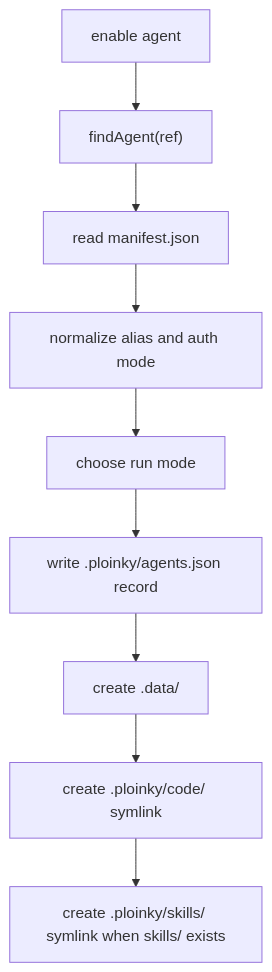
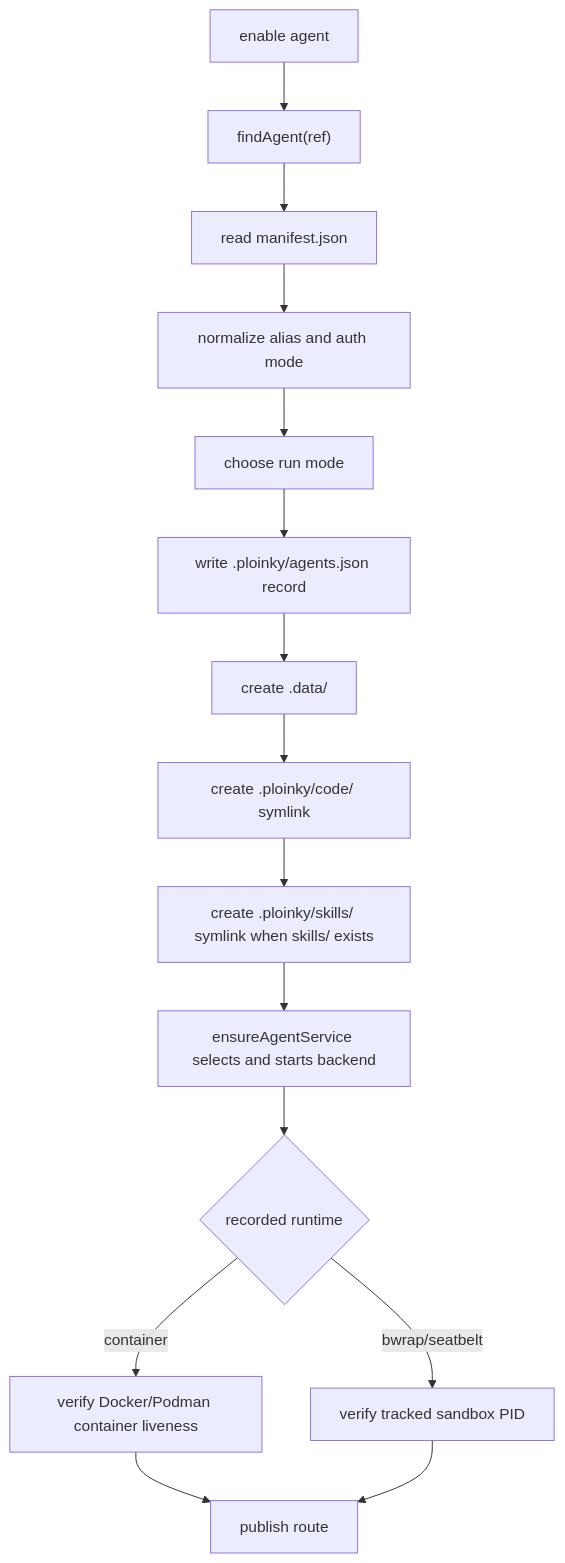
The first of 5 diagrams in docs/code-derived-agent-lifecycle.md (AssistOS-AI/ploinky), drawn with Mermaid before and after one commit. The commit also changed other lines of this file and 16 other files, not shown here.

Commit message:
ploinky fix bwrap/seatbelt check agent running ploinky status/ marketplace

````diff
--- a/docs/code-derived-agent-lifecycle.md
+++ b/docs/code-derived-agent-lifecycle.md
@@ -123,11 +123,17 @@
 ```mermaid
 flowchart TD
   A["enable agent <ref>"] --> B["findAgent(ref)"]
   B --> C["read manifest.json"]
   C --> D["normalize alias and auth mode"]
   D --> E["choose run mode"]
   E --> F["write .ploinky/agents.json record"]
   F --> G["create .data/<agent-or-alias>"]
   G --> H["create .ploinky/code/<agent> symlink"]
   H --> I["create .ploinky/skills/<agent> symlink when skills/ exists"]
+  I --> J["ensureAgentService selects and starts backend"]
+  J --> K{"recorded runtime"}
+  K -- "container" --> L["verify Docker/Podman container liveness"]
+  K -- "bwrap/seatbelt" --> M["verify tracked sandbox PID"]
+  L --> N["publish route"]
+  M --> N
 ```
````
